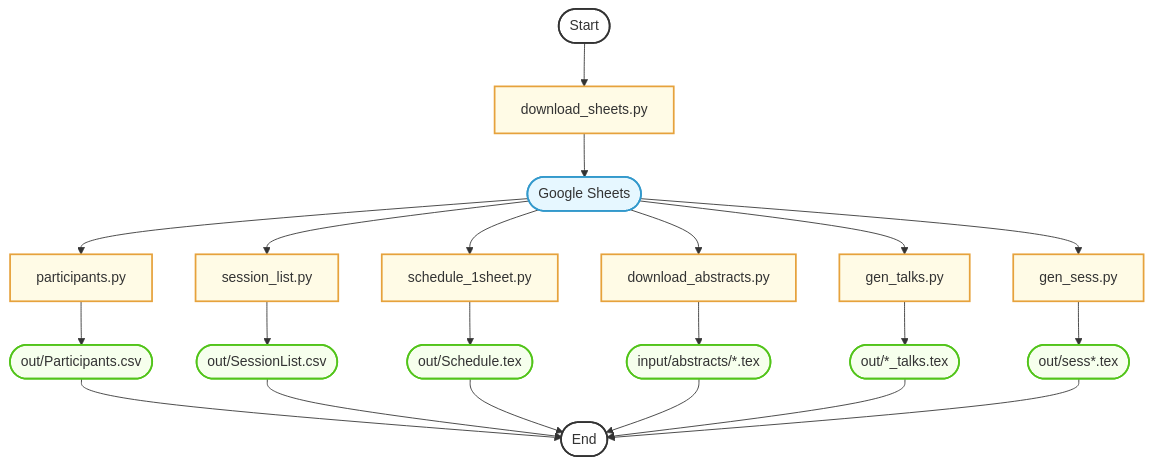
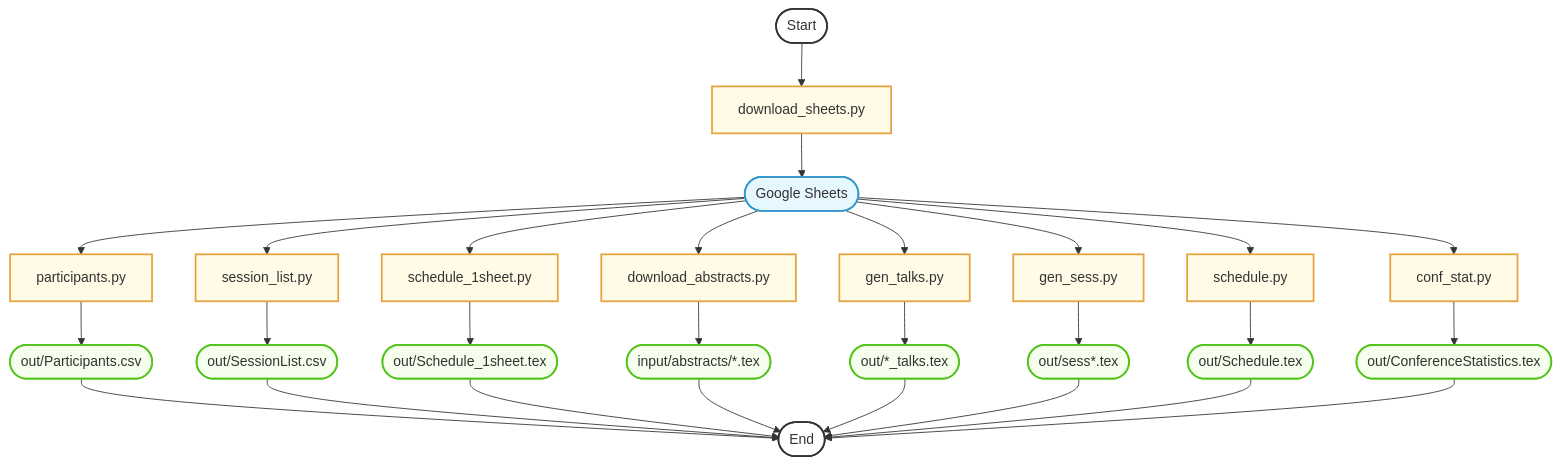
One commit to fjhickernell/MCM-2025-Program changed the diagram in preprocess/README.md. Above: the diagram before and after it, drawn with Mermaid. The commit also changed other lines of this file and 3 other files, not shown here.

````diff
--- a/preprocess/README.md
+++ b/preprocess/README.md
@@ -66,68 +36,82 @@
 ```mermaid
 flowchart TD
     Start([Start])
     End([End])
 
     %% Set node colors
     style Start fill:#fff,stroke:#333,stroke-width:2px
     style End fill:#fff,stroke:#333,stroke-width:2px
 
     %% Input files
     A3([Google Sheets])
     style A3 fill:#e6f7ff,stroke:#3399cc,stroke-width:2px
 
     %% Python scripts in preprocess (without util.py, config.py, and schedule_joinfiles.py)
     B3[download_sheets.py]
     B6[schedule_1sheet.py]
     B5[session_list.py]
     B4[participants.py]
 	B7[download_abstracts.py]
     B8[gen_talks.py]
     B9[gen_sess.py]
+    B10[schedule.py]
+    B11[conf_stat.py]
     style B3 fill:#fffbe6,stroke:#e6a23c,stroke-width:2px
     style B4 fill:#fffbe6,stroke:#e6a23c,stroke-width:2px
     style B5 fill:#fffbe6,stroke:#e6a23c,stroke-width:2px
     style B6 fill:#fffbe6,stroke:#e6a23c,stroke-width:2px
 	style B7 fill:#fffbe6,stroke:#e6a23c,stroke-width:2px
     style B8 fill:#fffbe6,stroke:#e6a23c,stroke-width:2px
     style B9 fill:#fffbe6,stroke:#e6a23c,stroke-width:2px
+    style B10 fill:#fffbe6,stroke:#e6a23c,stroke-width:2px
+    style B11 fill:#fffbe6,stroke:#e6a23c,stroke-width:2px
 
     %% Outputs
     O1([out/Participants.csv])
     O2([out/SessionList.csv])
-    O4([out/Schedule.tex])
+    O4([out/Schedule_1sheet.tex])
 	O5([input/abstracts/*.tex])
     O6([out/*_talks.tex])
     O7([out/sess*.tex])
+    O8([out/Schedule.tex])
+    O9([out/ConferenceStatistics.tex])
     style O1 fill:#f6ffed,stroke:#52c41a,stroke-width:2px
     style O2 fill:#f6ffed,stroke:#52c41a,stroke-width:2px
     style O4 fill:#f6ffed,stroke:#52c41a,stroke-width:2px
 	style O5 fill:#f6ffed,stroke:#52c41a,stroke-width:2px
     style O6 fill:#f6ffed,stroke:#52c41a,stroke-width:2px
     style O7 fill:#f6ffed,stroke:#52c41a,stroke-width:2px
+    style O8 fill:#f6ffed,stroke:#52c41a,stroke-width:2px
+    style O9 fill:#f6ffed,stroke:#52c41a,stroke-width:2px
 
     %% Flow
     Start --> B3
     B3 --> A3
     A3 --> B5
     A3 --> B4
     A3 --> B6
 	A3 --> B7
     A3 --> B8
     A3 --> B9
+    A3 --> B10
+    A3 --> B11
 
     B4 --> O1
     B5 --> O2
     B6 --> O4
 	B7 --> O5
     B8 --> O6
     B9 --> O7
+    B10 --> O8
+    B11 --> O9
 
     O1 --> End
     O2 --> End
     O4 --> End
 	O5 --> End
     O6 --> End
     O7 --> End
+    O8 --> End
+    O9 --> End
 
 ```
````
